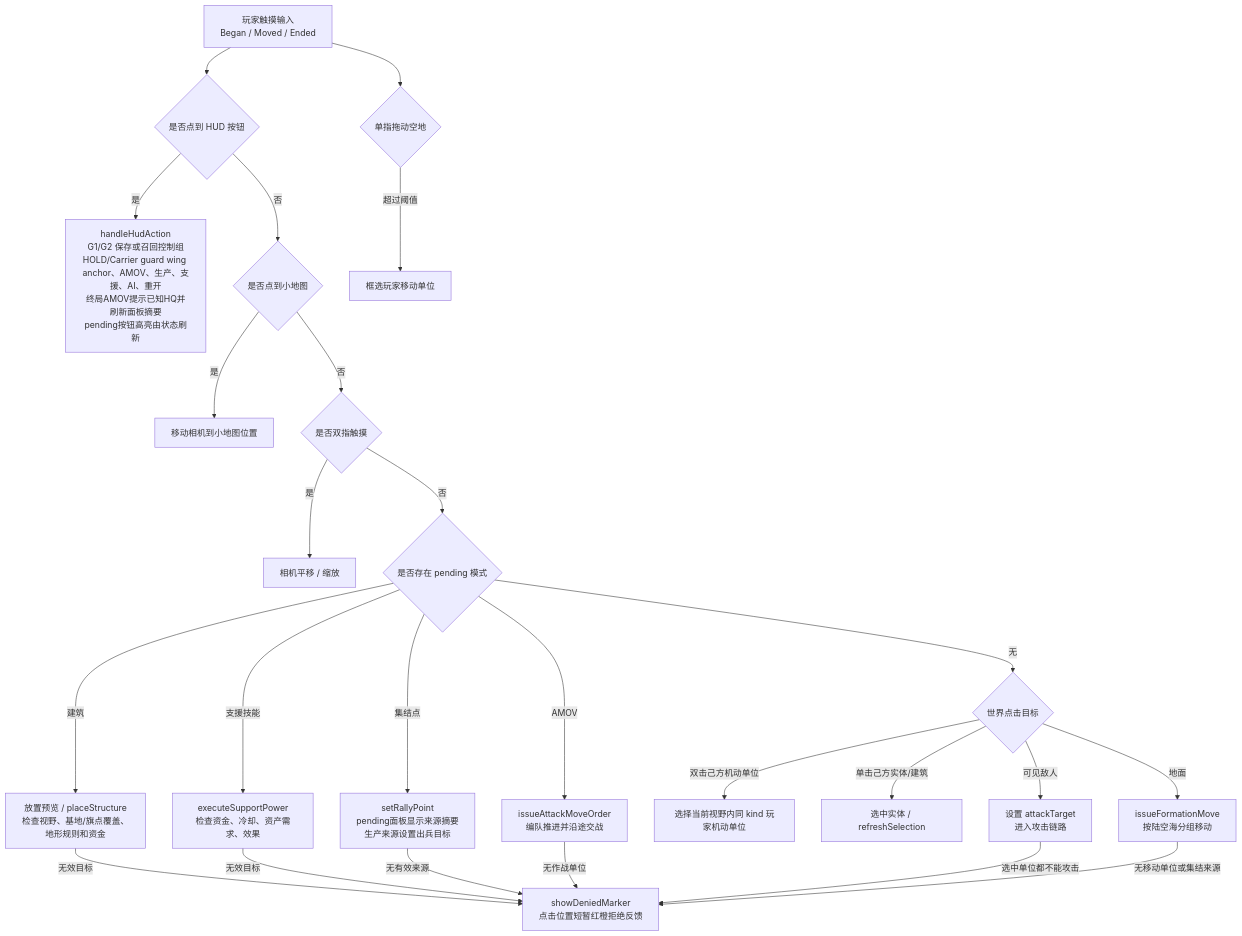
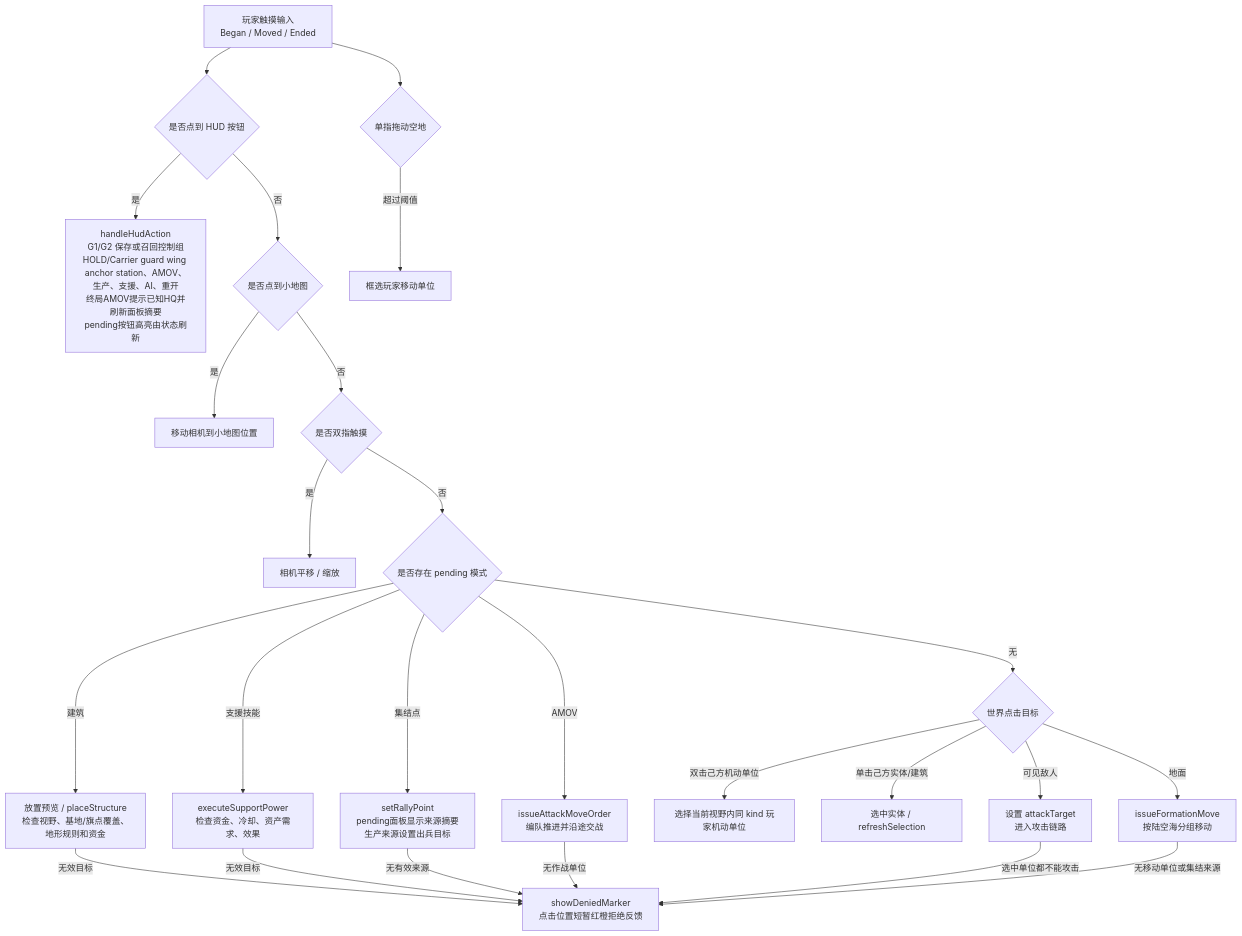
One commit to Altman-sam114/1145 changed the second of 3 diagrams in md/flow/flowchart.md. Above: the diagram before and after it, drawn with Mermaid. The commit also changed other lines of this file and 4 other files, not shown here.

````diff
--- a/md/flow/flowchart.md
+++ b/md/flow/flowchart.md
@@ -37,27 +37,27 @@
 ```mermaid
 flowchart TD
   Touch["玩家触摸输入\nBegan / Moved / Ended"] --> HUDCheck{"是否点到 HUD 按钮"}
-  HUDCheck -- "是" --> HudAction["handleHudAction\nG1/G2 保存或召回控制组\nHOLD/Carrier guard wing anchor、AMOV、生产、支援、AI、重开\n终局AMOV提示已知HQ并刷新面板摘要\npending按钮高亮由状态刷新"]
+  HUDCheck -- "是" --> HudAction["handleHudAction\nG1/G2 保存或召回控制组\nHOLD/Carrier guard wing anchor station、AMOV、生产、支援、AI、重开\n终局AMOV提示已知HQ并刷新面板摘要\npending按钮高亮由状态刷新"]
   HUDCheck -- "否" --> MiniMap{"是否点到小地图"}
   MiniMap -- "是" --> Camera["移动相机到小地图位置"]
   MiniMap -- "否" --> MultiTouch{"是否双指触摸"}
   MultiTouch -- "是" --> PanZoom["相机平移 / 缩放"]
   MultiTouch -- "否" --> Pending{"是否存在 pending 模式"}
   Pending -- "建筑" --> Place["放置预览 / placeStructure\n检查视野、基地/旗点覆盖、地形规则和资金"]
   Pending -- "支援技能" --> Support["executeSupportPower\n检查资金、冷却、资产需求、效果"]
   Pending -- "集结点" --> Rally["setRallyPoint\npending面板显示来源摘要\n生产来源设置出兵目标"]
   Pending -- "AMOV" --> AttackMove["issueAttackMoveOrder\n编队推进并沿途交战"]
   Place -- "无效目标" --> Denied["showDeniedMarker\n点击位置短暂红橙拒绝反馈"]
   Support -- "无效目标" --> Denied
   Rally -- "无有效来源" --> Denied
   AttackMove -- "无作战单位" --> Denied
   Pending -- "无" --> WorldTap{"世界点击目标"}
   WorldTap -- "双击己方机动单位" --> TypeSelect["选择当前视野内同 kind 玩家机动单位"]
   WorldTap -- "单击己方实体/建筑" --> Select["选中实体 / refreshSelection"]
   WorldTap -- "可见敌人" --> Attack["设置 attackTarget\n进入攻击链路"]
   WorldTap -- "地面" --> Move["issueFormationMove\n按陆空海分组移动"]
   Attack -- "选中单位都不能攻击" --> Denied
   Move -- "无移动单位或集结来源" --> Denied
   Touch --> Drag{"单指拖动空地"}
   Drag -- "超过阈值" --> Box["框选玩家移动单位"]
 ```
````
